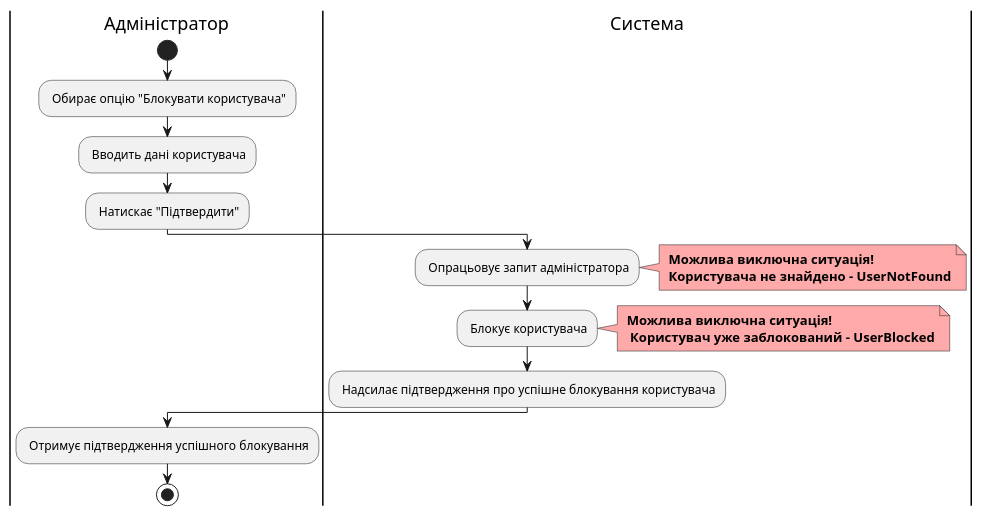
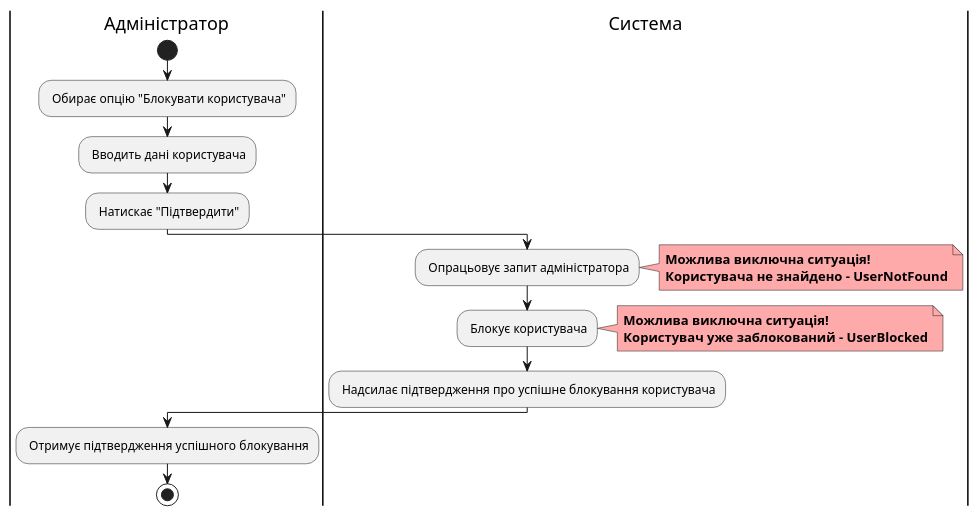
Before and after one commit to watashone/db-labs: diagram 15 of 19 in docs/use cases/README.md, drawn with PlantUML. The commit also changed other lines of this file, not shown here.

````diff
--- a/docs/use cases/README.md
+++ b/docs/use cases/README.md
@@ -471,24 +483,24 @@
 ```plantuml
 @startuml
     |Адміністратор|
         start
         : Обирає опцію "Блокувати користувача";
         : Вводить дані користувача;
         : Натискає "Підтвердити";
     |Система|
         : Опрацьовує запит адміністратора;
         note right #ffaaaa
-        <b> Можлива виключна ситуація!
-        <b> Користувача не знайдено - UserNotFound
+        <b>Можлива виключна ситуація!
+        <b>Користувача не знайдено - UserNotFound
         end note
         : Блокує користувача;
         note right #ffaaaa
-        <b> Можлива виключна ситуація!
-        <b>  Користувач уже заблокований - UserBlocked
+        <b>Можлива виключна ситуація!
+        <b>Користувач уже заблокований - UserBlocked
         end note
         : Надсилає підтвердження про успішне блокування користувача;
     |Адміністратор|
         : Отримує підтвердження успішного блокування;
         stop;
 @enduml 
 ```
````
